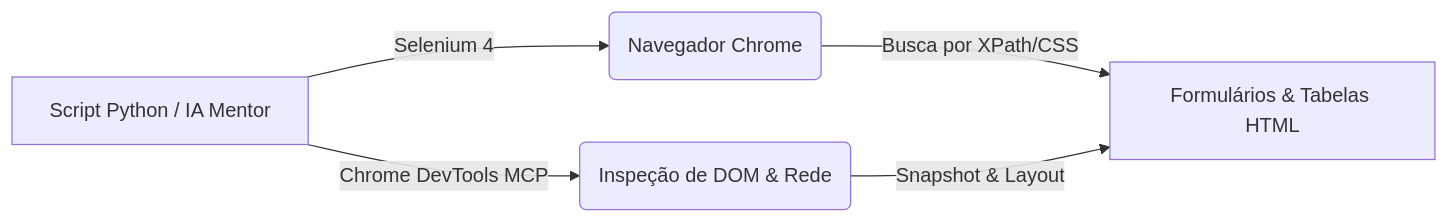
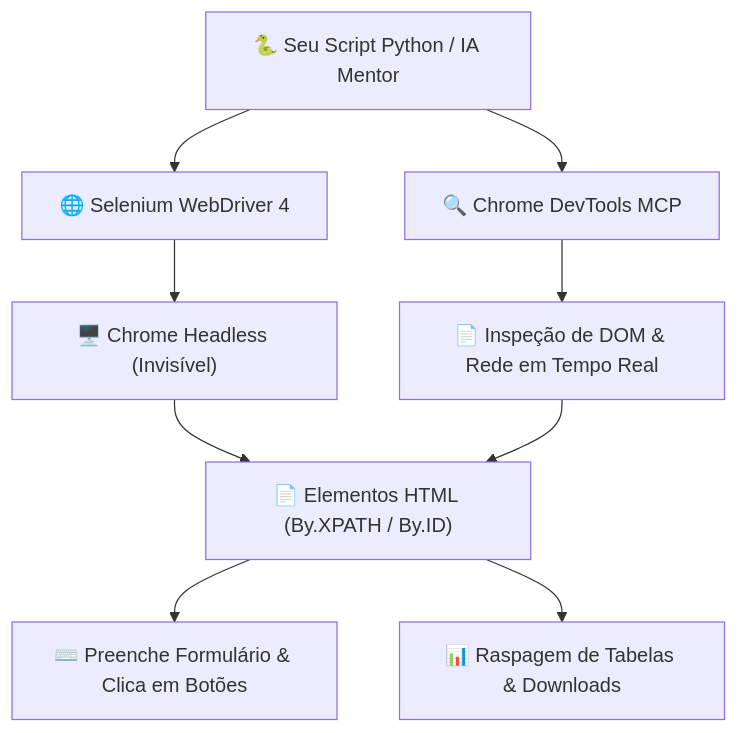
One commit to akanaul/Python-Aulas changed the diagram in 07_bonus_selenium/teoria/Aula Bonus - Selenium A Proxima Fronteira/Aula Bonus - Selenium A Proxima Fronteira.md. Above: the diagram before and after it, drawn with Mermaid. The commit also changed other lines of this file and 202 other files, not shown here.

````diff
--- a/07_bonus_selenium/teoria/Aula Bonus - Selenium A Proxima Fronteira/Aula Bonus - Selenium A Proxima Fronteira.md
+++ b/07_bonus_selenium/teoria/Aula Bonus - Selenium A Proxima Fronteira/Aula Bonus - Selenium A Proxima Fronteira.md
@@ -32,7 +83,14 @@
 ```mermaid
-graph LR
-    A[Script Python / IA Mentor] -->|Selenium 4| B(Navegador Chrome)
-    A -->|Chrome DevTools MCP| C(Inspeção de DOM & Rede)
-    B -->|Busca por XPath/CSS| D[Formulários & Tabelas HTML]
-    C -->|Snapshot & Layout| D
+flowchart TD
+    Script["🐍 Seu Script Python / IA Mentor"] --> WebDriver["🌐 Selenium WebDriver 4"]
+    Script --> DevTools["🔍 Chrome DevTools MCP"]
+    
+    WebDriver --> HeadlessChrome["🖥️ Chrome Headless (Invisível)"]
+    DevTools --> InspecaoDOM["📄 Inspeção de DOM & Rede em Tempo Real"]
+    
+    HeadlessChrome --> DOM["📄 Elementos HTML (By.XPATH / By.ID)"]
+    InspecaoDOM --> DOM
+    
+    DOM --> Preenchimento["⌨️ Preenche Formulário & Clica em Botões"]
+    DOM --> Scraping["📊 Raspagem de Tabelas & Downloads"]
 ```
````
